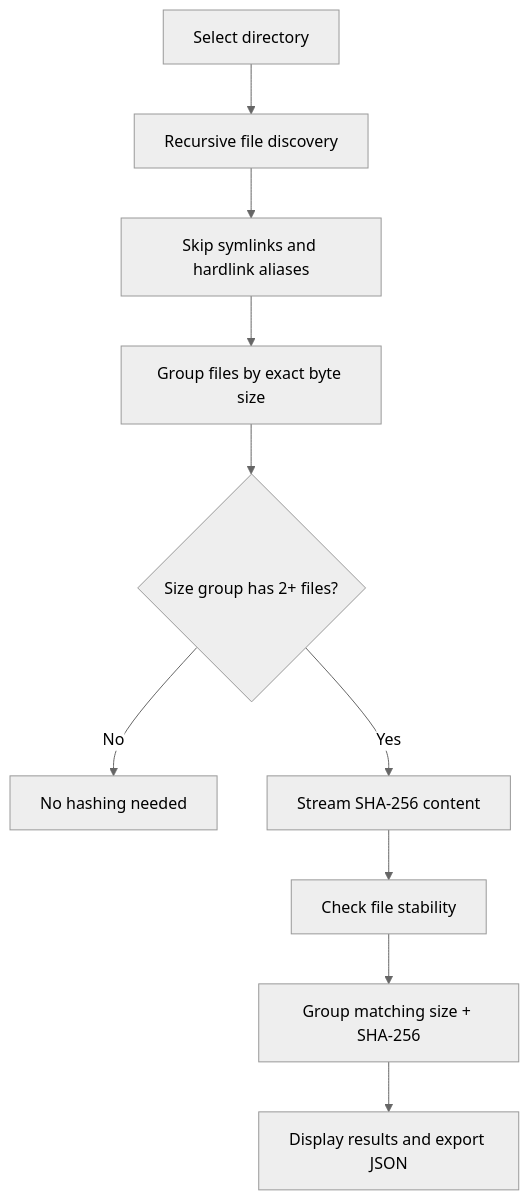
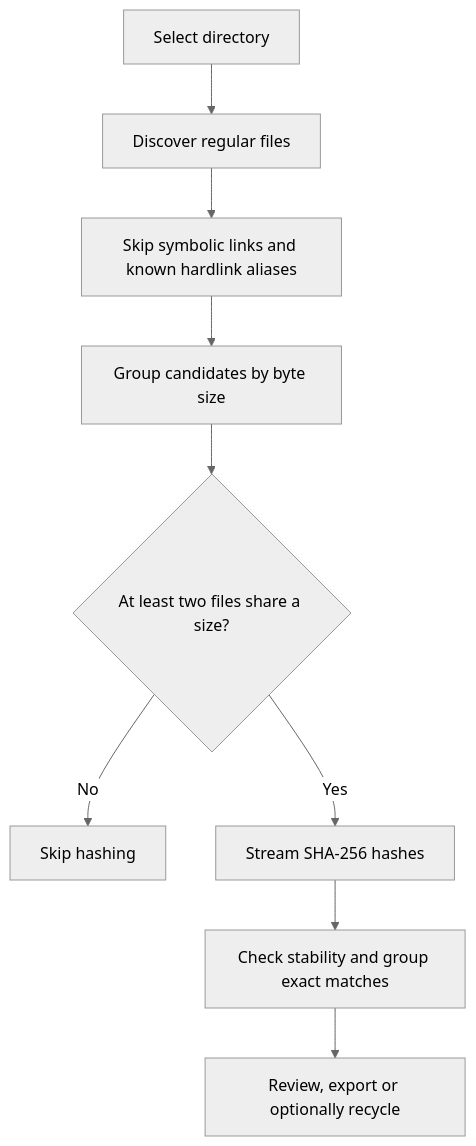
Before and after one commit to canyrtcn/FileDNA: the diagram in README.md, drawn with Mermaid (neutral theme). The commit also changed other lines of this file, not shown here.

````diff
--- a/README.md
+++ b/README.md
@@ -74,12 +85,11 @@
 ```mermaid
 flowchart TD
-  A[Select directory] --> B[Recursive file discovery]
-  B --> C[Skip symlinks and hardlink aliases]
-  C --> D[Group files by exact byte size]
-  D --> E{Size group has 2+ files?}
-  E -- No --> F[No hashing needed]
-  E -- Yes --> G[Stream SHA-256 content]
-  G --> H[Check file stability]
-  H --> I[Group matching size + SHA-256]
-  I --> J[Display results and export JSON]
+    A[Select directory] --> B[Discover regular files]
+    B --> C[Skip symbolic links and known hardlink aliases]
+    C --> D[Group candidates by byte size]
+    D --> E{At least two files share a size?}
+    E -- No --> F[Skip hashing]
+    E -- Yes --> G[Stream SHA-256 hashes]
+    G --> H[Check stability and group exact matches]
+    H --> I[Review, export or optionally recycle]
 ```
````
